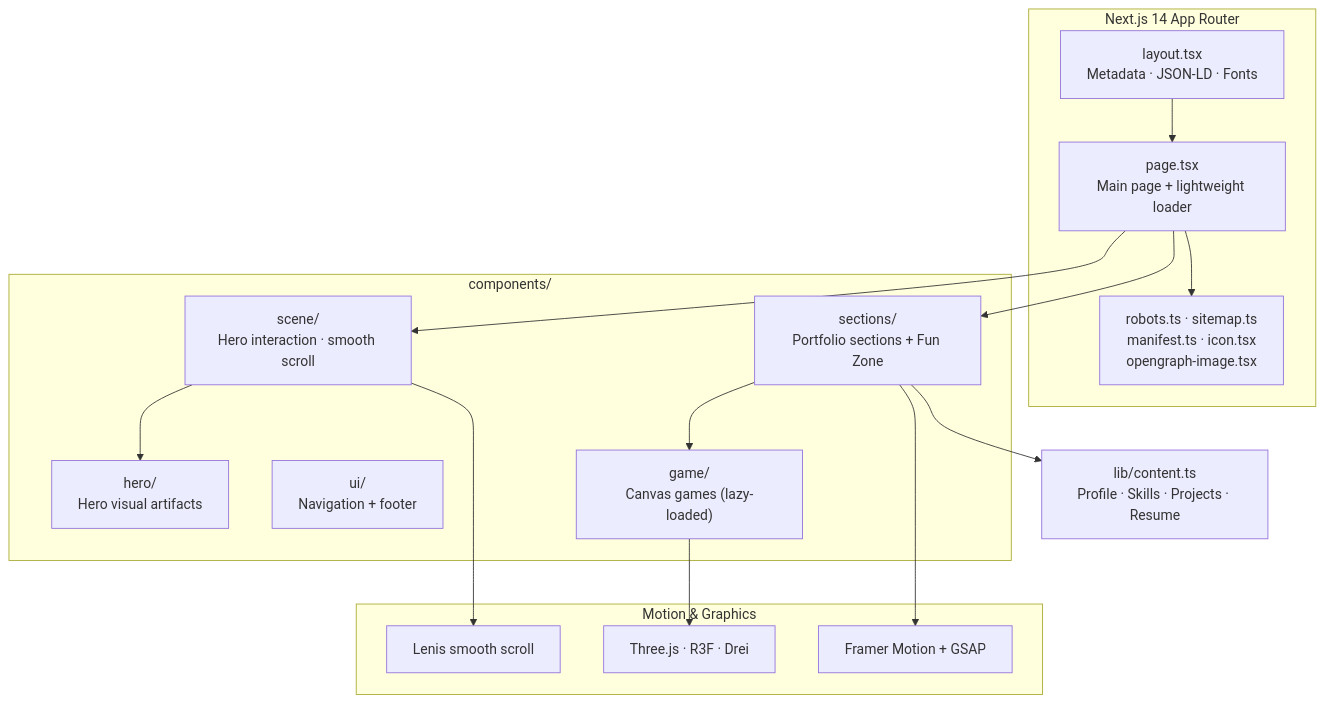
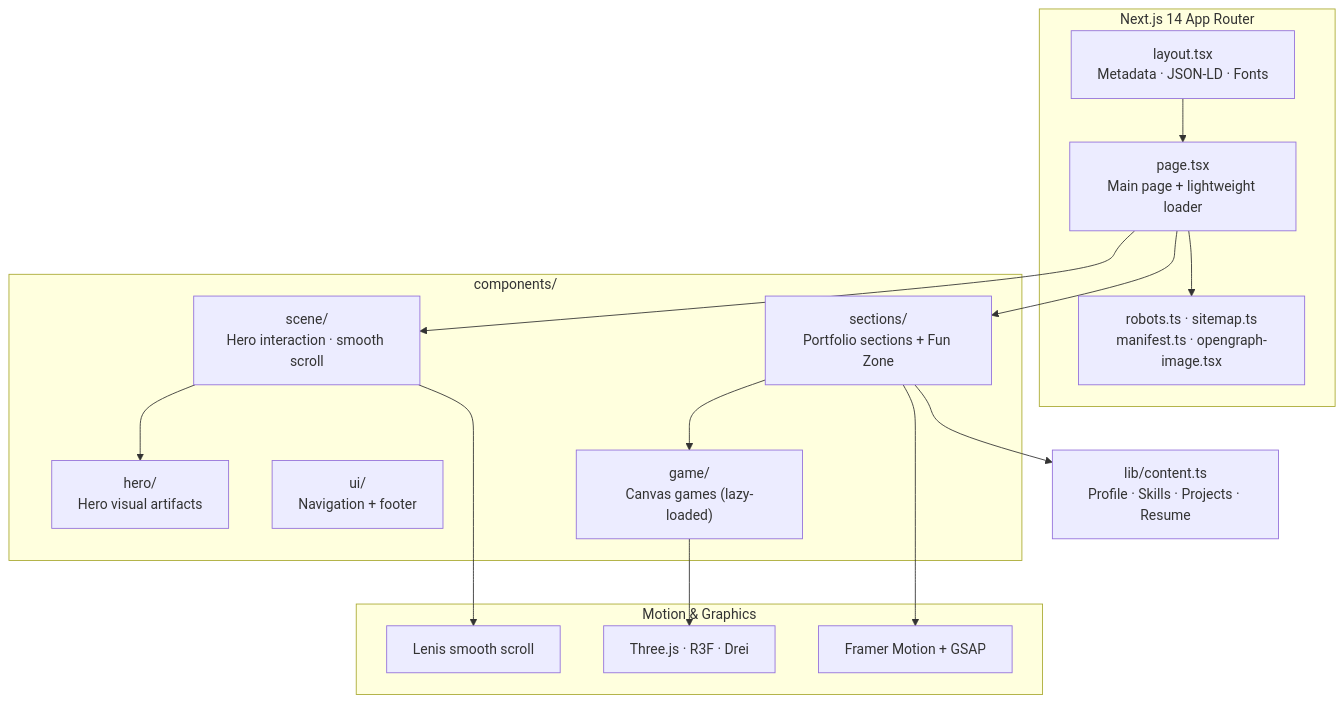
The first of 2 diagrams in README.md (bharat-poojari/shadow-portfolio), drawn with Mermaid before and after one commit. The commit also changed other lines of this file and 4 other files, not shown here.

````diff
--- a/README.md
+++ b/README.md
@@ -73,35 +73,35 @@
 ```mermaid
 flowchart TD
     subgraph APP["Next.js 14 App Router"]
         L["layout.tsx<br/>Metadata · JSON-LD · Fonts"]
         P["page.tsx<br/>Main page + lightweight loader"]
-        SEO["robots.ts · sitemap.ts<br/>manifest.ts · icon.tsx<br/>opengraph-image.tsx"]
+        SEO["robots.ts · sitemap.ts<br/>manifest.ts · opengraph-image.tsx"]
     end
 
     subgraph COMPONENTS["components/"]
         SCENE["scene/<br/>Hero interaction · smooth scroll"]
         HERO["hero/<br/>Hero visual artifacts"]
         SECTIONS["sections/<br/>Portfolio sections + Fun Zone"]
         UI["ui/<br/>Navigation + footer"]
         GAME["game/<br/>Canvas games (lazy-loaded)"]
     end
 
     subgraph INFRA["Motion & Graphics"]
         FM["Framer Motion + GSAP"]
         LENIS["Lenis smooth scroll"]
         R3F["Three.js · R3F · Drei"]
     end
 
     CONTENT["lib/content.ts<br/>Profile · Skills · Projects · Resume"]
 
     L --> P
     P --> SCENE
     P --> SECTIONS
     SCENE --> HERO
     SCENE --> LENIS
     SECTIONS --> GAME
     SECTIONS --> FM
     GAME --> R3F
     SECTIONS --> CONTENT
     P --> SEO
 ```
````
